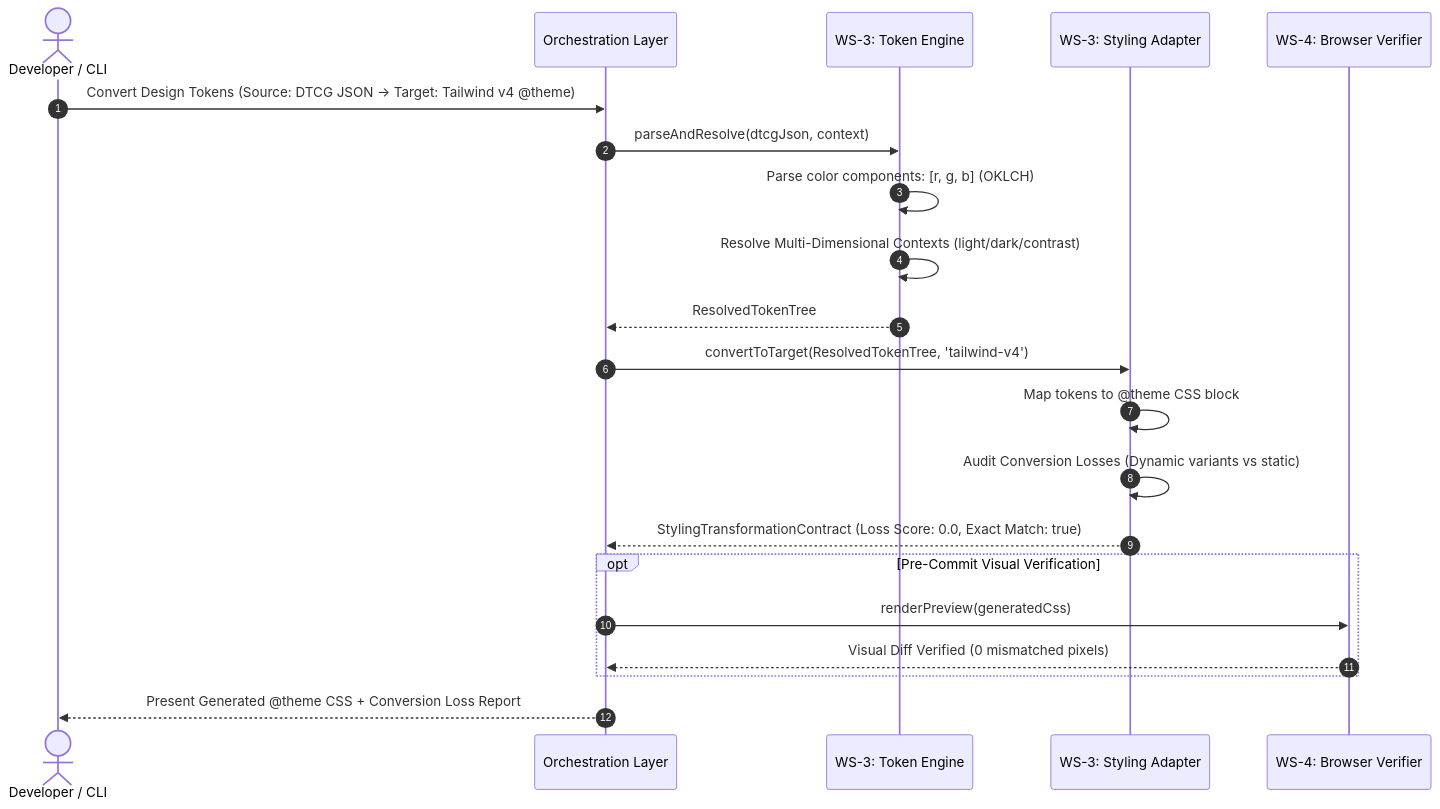
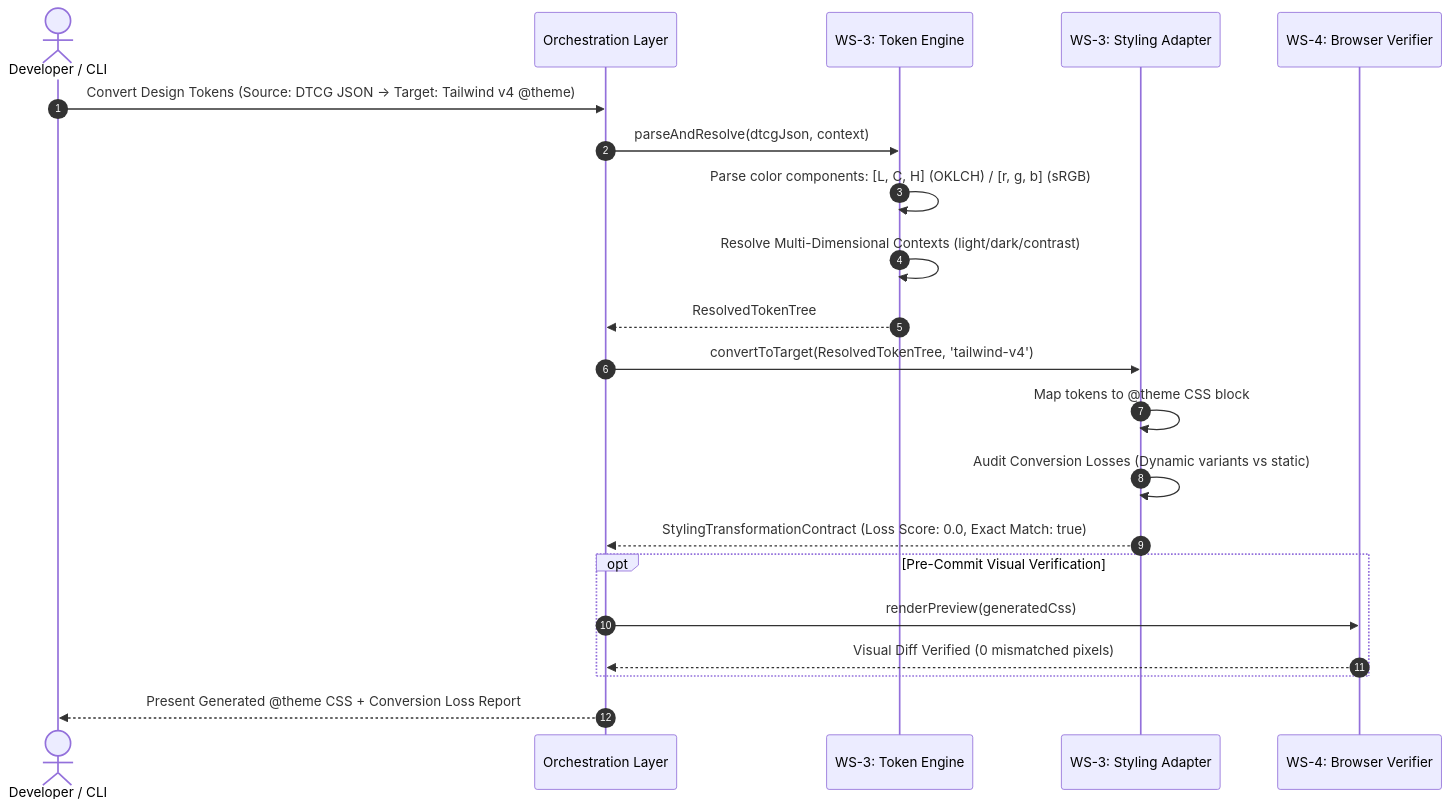
The third of 7 diagrams in research/phase-02/phase-02.2-consolidation/END-TO-END-WORKFLOWS.md (Tanish-kumar-Agarwal/UIForge), drawn with Mermaid before and after one commit. The commit also changed other lines of this file and 1 other file, not shown here.

````diff
--- a/research/phase-02/phase-02.2-consolidation/END-TO-END-WORKFLOWS.md
+++ b/research/phase-02/phase-02.2-consolidation/END-TO-END-WORKFLOWS.md
@@ -135,27 +135,27 @@
 ```mermaid
 sequenceDiagram
     autonumber
     actor Dev as Developer / CLI
     participant Orch as Orchestration Layer
     participant WS3 as WS-3: Token Engine
     participant Style as WS-3: Styling Adapter
     participant WS4 as WS-4: Browser Verifier
 
     Dev->>Orch: Convert Design Tokens (Source: DTCG JSON -> Target: Tailwind v4 @theme)
     Orch->>WS3: parseAndResolve(dtcgJson, context)
-    WS3->>WS3: Parse color components: [r, g, b] (OKLCH)
+    WS3->>WS3: Parse color components: [L, C, H] (OKLCH) / [r, g, b] (sRGB)
     WS3->>WS3: Resolve Multi-Dimensional Contexts (light/dark/contrast)
     WS3-->>Orch: ResolvedTokenTree
 
     Orch->>Style: convertToTarget(ResolvedTokenTree, 'tailwind-v4')
     Style->>Style: Map tokens to @theme CSS block
     Style->>Style: Audit Conversion Losses (Dynamic variants vs static)
     Style-->>Orch: StylingTransformationContract (Loss Score: 0.0, Exact Match: true)
 
     opt Pre-Commit Visual Verification
         Orch->>WS4: renderPreview(generatedCss)
         WS4-->>Orch: Visual Diff Verified (0 mismatched pixels)
     end
 
     Orch-->>Dev: Present Generated @theme CSS + Conversion Loss Report
 ```
````
